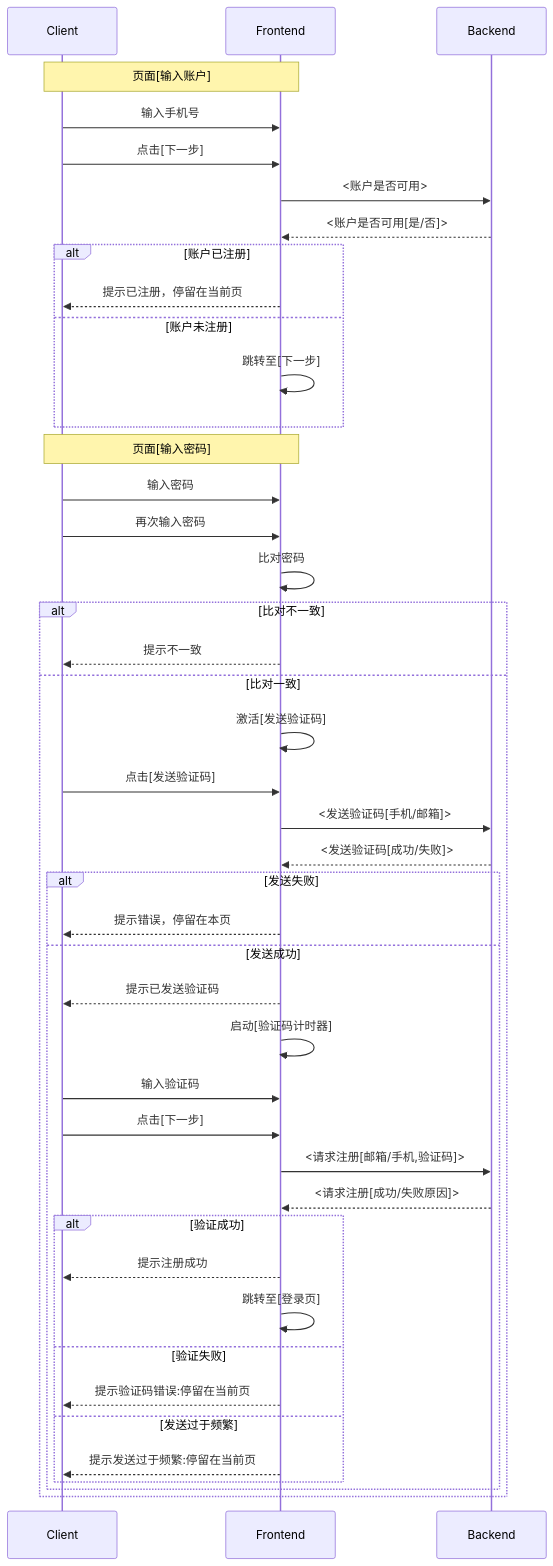
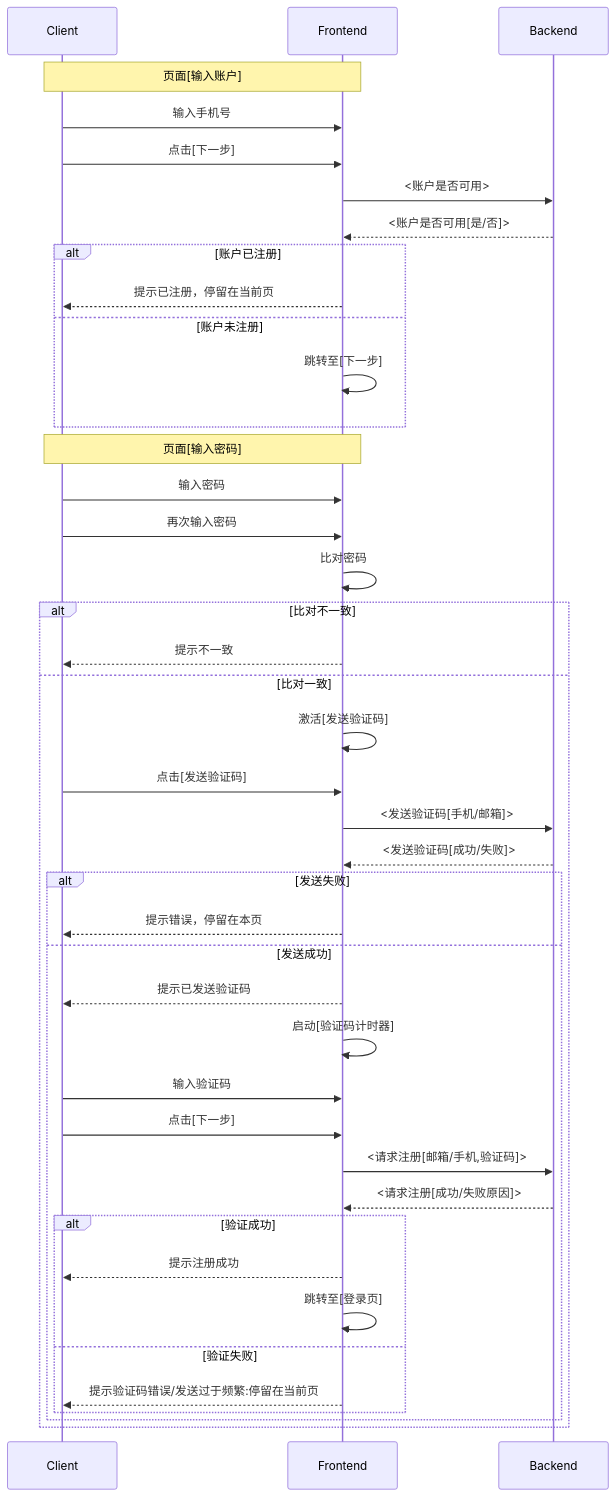
One commit to lutianzhou001/scrapy-cookbook changed the diagram in signup.mmd. Above: the diagram before and after it, drawn with Mermaid. The commit also changed 1 other file, not shown here.

````diff
--- a/signup.mmd
+++ b/signup.mmd
@@ -1,49 +1,44 @@
-```mermaid
 sequenceDiagram
 participant user as Client
 participant client as Frontend
 participant server as Backend
 
 Note over user, client: 页面[输入账户]
 user->>client: 输入手机号
   user->>client: 点击[下一步]
   client->>server: <账户是否可用>
   server-->>client: <账户是否可用[是/否]>
   alt 账户已注册
     client-->>user: 提示已注册，停留在当前页
   else 账户未注册
     client->>client: 跳转至[下一步]
 end
 
 Note over user, client: 页面[输入密码]
 user->>client: 输入密码
 user->>client: 再次输入密码
 client->>client: 比对密码
 alt 比对不一致
 client-->>user: 提示不一致
 else 比对一致
 client->>client: 激活[发送验证码]
   user->>client: 点击[发送验证码]
   client->>server: <发送验证码[手机/邮箱]>
   server-->>client: <发送验证码[成功/失败]>
   alt 发送失败
     client-->>user: 提示错误，停留在本页
   else 发送成功
     client-->>user: 提示已发送验证码
     client->>client: 启动[验证码计时器]
       user->>client: 输入验证码
         user->>client: 点击[下一步]
         client->>server: <请求注册[邮箱/手机,验证码]>
         server-->>client: <请求注册[成功/失败原因]>
         alt 验证成功
           client-->>user: 提示注册成功
           client->>client: 跳转至[登录页]
         else 验证失败
-          client-->>user: 提示验证码错误:停留在当前页
-        else 发送过于频繁
-          client-->>user: 提示发送过于频繁:停留在当前页
+          client-->>user: 提示验证码错误/发送过于频繁:停留在当前页
         end
       end
     end
-
-```
````
